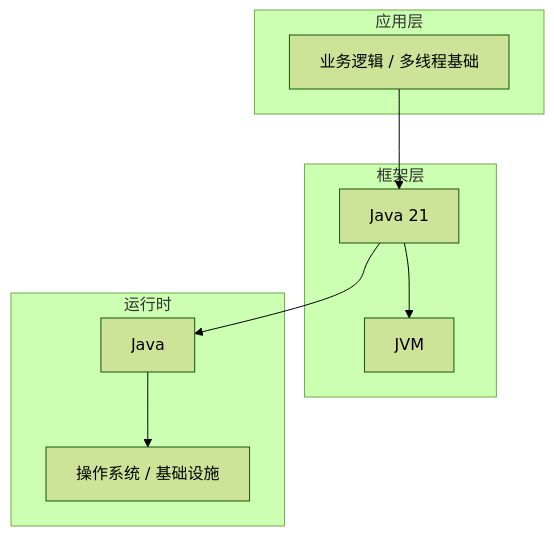
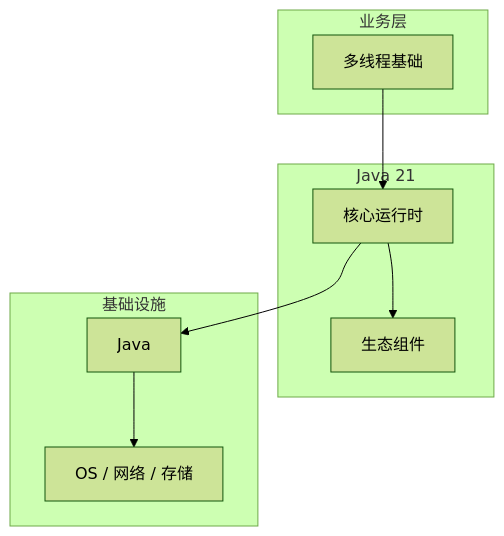
One commit to yanggan2015/knowledge-json-v2 changed the diagram in articles/Java核心/chapters/081-多线程基础核心概念与原理.md. Above: the diagram before and after it, drawn with Mermaid (forest theme). The commit also changed other lines of this file and 10127 other files, not shown here.

````diff
--- a/articles/Java核心/chapters/081-多线程基础核心概念与原理.md
+++ b/articles/Java核心/chapters/081-多线程基础核心概念与原理.md
@@ -45,18 +34,18 @@
 ```mermaid
 graph TB
-    subgraph 应用层
-        A[业务逻辑 / 多线程基础]
+    subgraph 业务层
+        A[多线程基础]
     end
-    subgraph 框架层
-        B[Java 21]
-        C[JVM]
+    subgraph Java 21
+        B[核心运行时]
+        C[生态组件]
     end
-    subgraph 运行时
+    subgraph 基础设施
         D[Java]
-        E[操作系统 / 基础设施]
+        E[OS / 网络 / 存储]
     end
     A --> B
     B --> C
     B --> D
     D --> E
 ```
````
